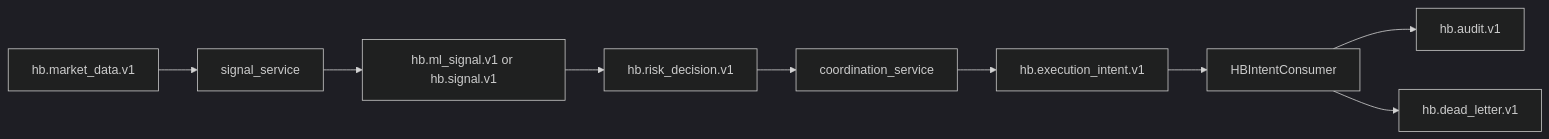
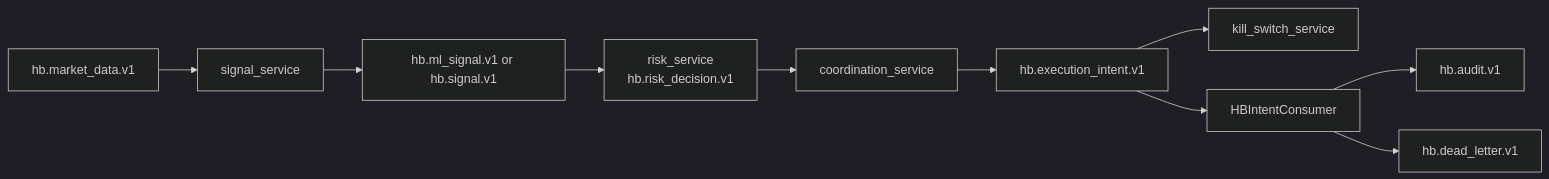
Before and after one commit to kzay/hummingbot-trading: the diagram in hbot/docs/architecture/data_flow_signal_risk_execution.md, drawn with Mermaid (dark theme). The commit also changed other lines of this file and 24 other files, not shown here.

````diff
--- a/hbot/docs/architecture/data_flow_signal_risk_execution.md
+++ b/hbot/docs/architecture/data_flow_signal_risk_execution.md
@@ -7,11 +10,12 @@
 ```mermaid
 flowchart LR
   md[hb.market_data.v1] --> sig[signal_service]
   sig --> ml["hb.ml_signal.v1 or hb.signal.v1"]
-  ml --> risk[hb.risk_decision.v1]
+  ml --> risk[risk_service<br/>hb.risk_decision.v1]
   risk --> coord[coordination_service]
   coord --> intent[hb.execution_intent.v1]
+  intent --> ks[kill_switch_service]
   intent --> hb[HBIntentConsumer]
   hb --> audit[hb.audit.v1]
   hb --> dead[hb.dead_letter.v1]
 ```
````
